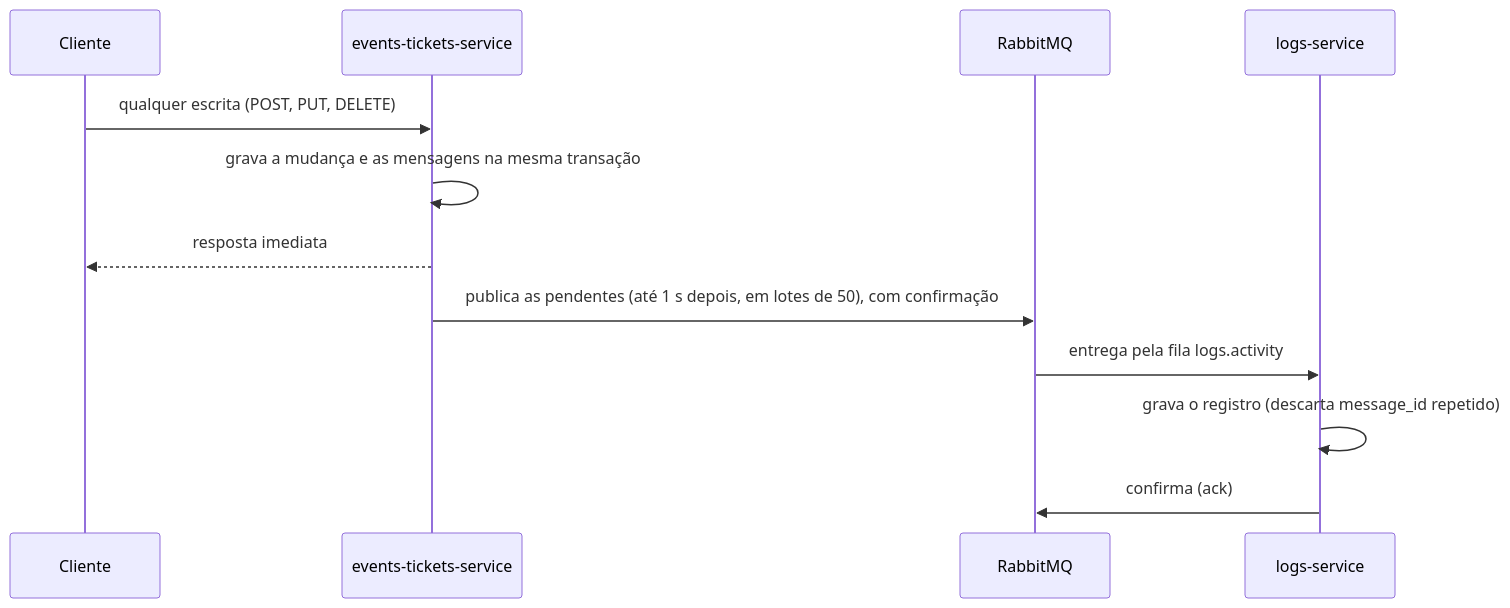
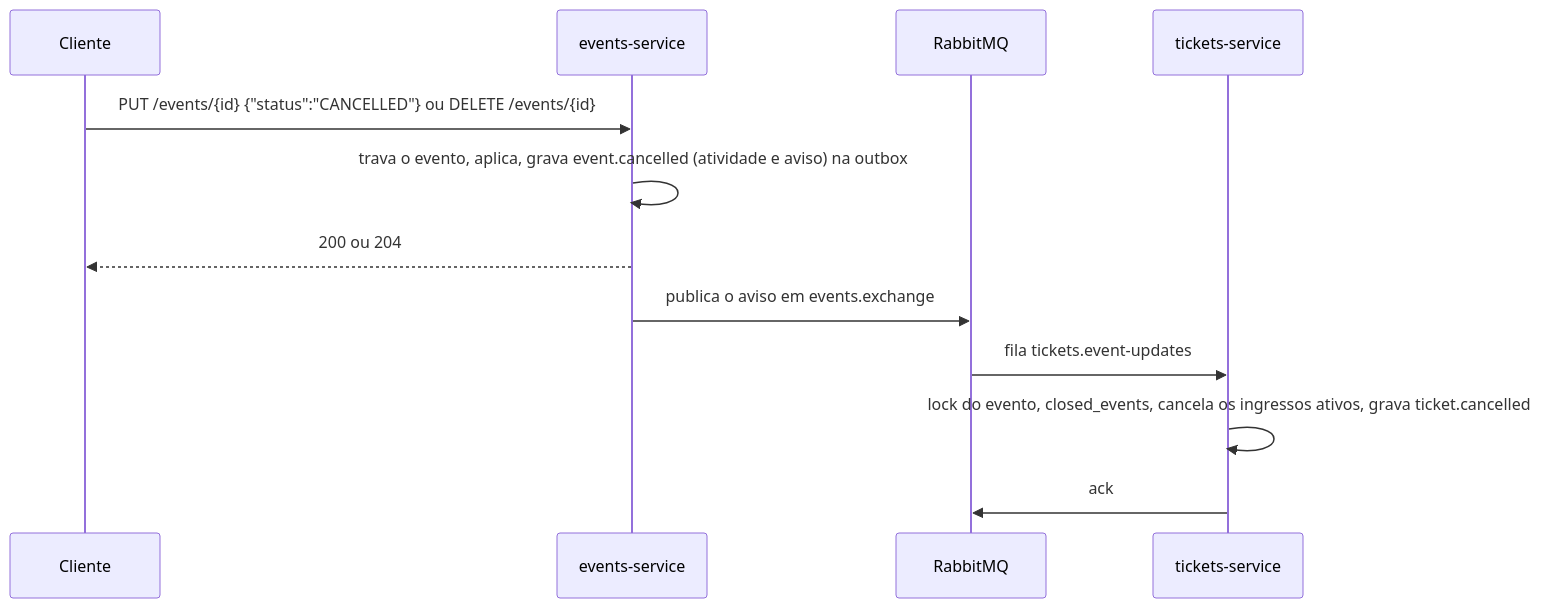
One commit to Igor-Lazarin-Oliani/events-tickets-ms changed the second of 3 diagrams in docs/contratos-api.md. Above: the diagram before and after it, drawn with Mermaid. The commit also changed other lines of this file and 158 other files, not shown here.

Commit message:
feat: separa eventos e ingressos em events-service (JavaScript) e tickets-service (TypeScript), com três bancos e mensageria nos dois sentidos

````diff
--- a/docs/contratos-api.md
+++ b/docs/contratos-api.md
@@ -140,14 +171,14 @@
 ```mermaid
 sequenceDiagram
     participant C as Cliente
-    participant S as events-tickets-service
+    participant E as events-service
     participant B as RabbitMQ
-    participant L as logs-service
-    C->>S: qualquer escrita (POST, PUT, DELETE)
-    S->>S: grava a mudança e as mensagens na mesma transação
-    S-->>C: resposta imediata
-    S->>B: publica as pendentes (até 1 s depois, em lotes de 50), com confirmação
-    B->>L: entrega pela fila logs.activity
-    L->>L: grava o registro (descarta message_id repetido)
-    L->>B: confirma (ack)
+    participant T as tickets-service
+    C->>E: PUT /events/{id} {"status":"CANCELLED"} ou DELETE /events/{id}
+    E->>E: trava o evento, aplica, grava event.cancelled (atividade e aviso) na outbox
+    E-->>C: 200 ou 204
+    E->>B: publica o aviso em events.exchange
+    B->>T: fila tickets.event-updates
+    T->>T: lock do evento, closed_events, cancela os ingressos ativos, grava ticket.cancelled
+    T->>B: ack
 ```
````
